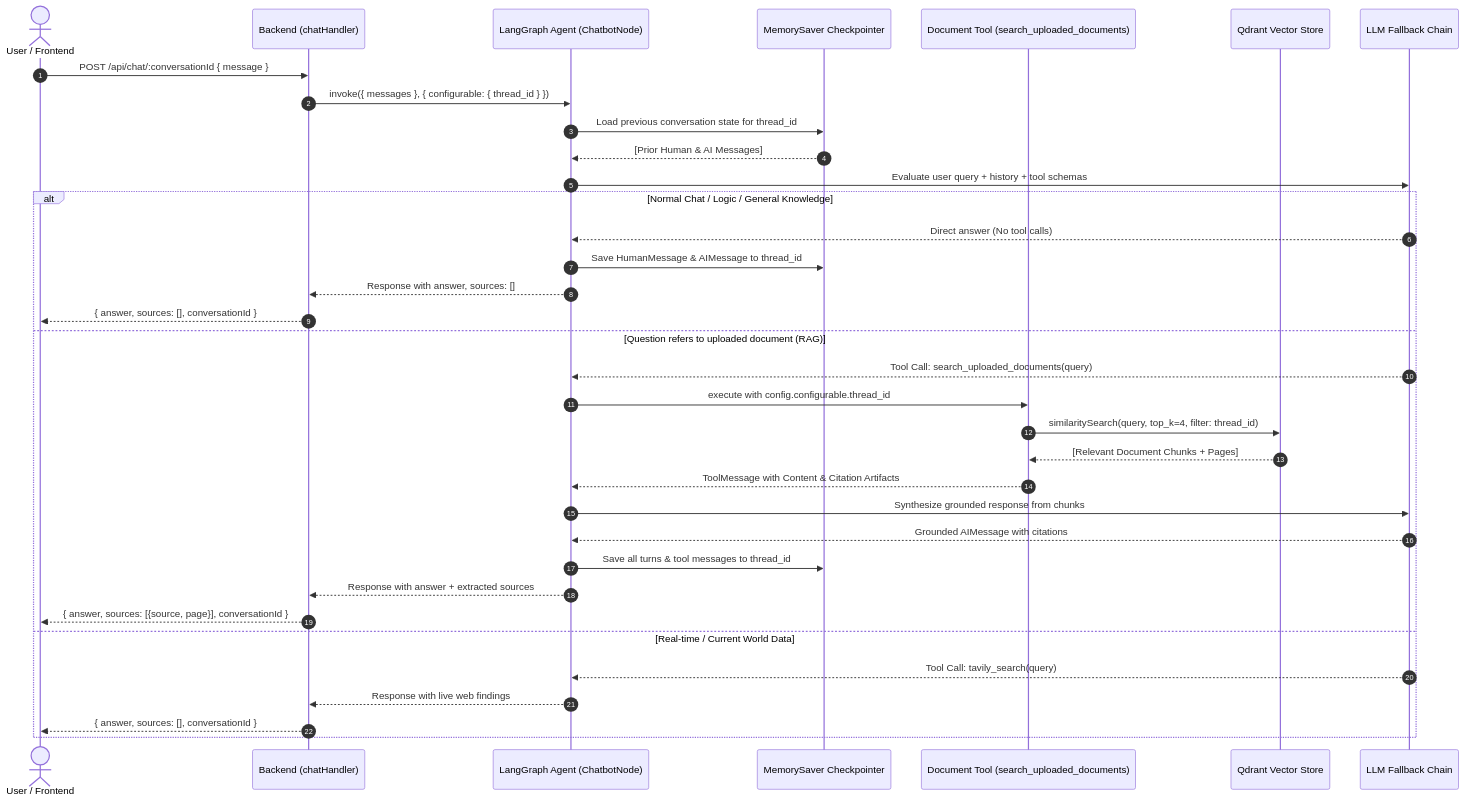
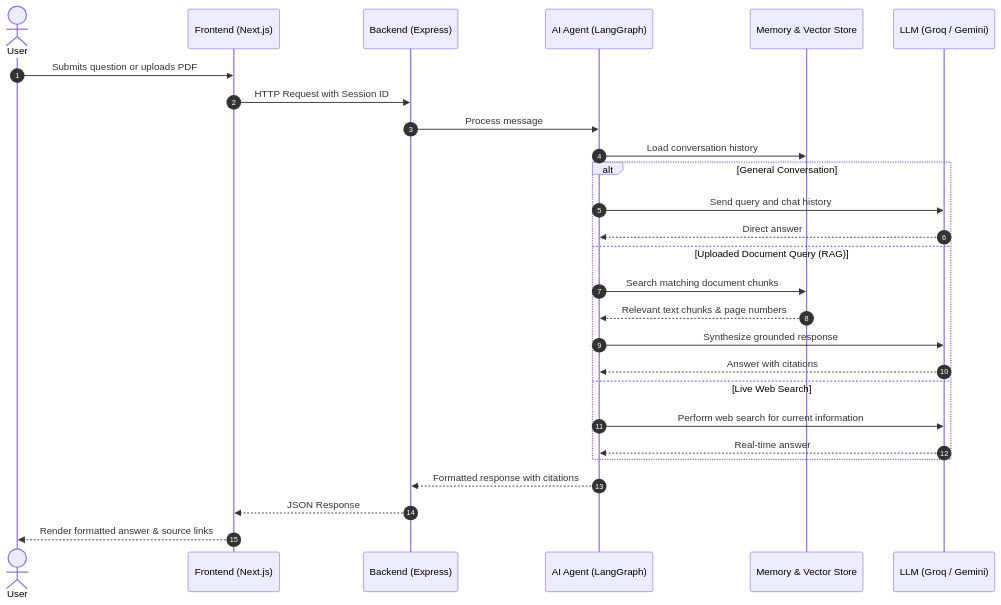
Before and after one commit to singhankit04/Langraph-Chatbot: the second of 2 diagrams in README.md, drawn with Mermaid. The commit also changed other lines of this file, not shown here.

First line of the commit message:
Revise README with updated architecture and workflows

````diff
--- a/README.md
+++ b/README.md
@@ -72,41 +54,32 @@
 ```mermaid
 sequenceDiagram
     autonumber
-    actor User as User / Frontend
-    participant API as Backend (chatHandler)
-    participant Graph as LangGraph Agent (ChatbotNode)
-    participant Mem as MemorySaver Checkpointer
-    participant DocTool as Document Tool (search_uploaded_documents)
-    participant Qdrant as Qdrant Vector Store
-    participant LLM as LLM Fallback Chain
+    actor User as User
+    participant UI as Frontend (Next.js)
+    participant API as Backend (Express)
+    participant Agent as AI Agent (LangGraph)
+    participant Services as Memory & Vector Store
+    participant LLM as LLM (Groq / Gemini)
 
-    User->>API: POST /api/chat/:conversationId { message }
-    API->>Graph: invoke({ messages }, { configurable: { thread_id } })
-    Graph->>Mem: Load previous conversation state for thread_id
-    Mem-->>Graph: [Prior Human & AI Messages]
-    Graph->>LLM: Evaluate user query + history + tool schemas
+    User->>UI: Submits question or uploads PDF
+    UI->>API: HTTP Request with Session ID
+    API->>Agent: Process message
+    Agent->>Services: Load conversation history
 
-    alt Normal Chat / Logic / General Knowledge
-        LLM-->>Graph: Direct answer (No tool calls)
-        Graph->>Mem: Save HumanMessage & AIMessage to thread_id
-        Graph-->>API: Response with answer, sources: []
-        API-->>User: { answer, sources: [], conversationId }
+    alt General Conversation
+        Agent->>LLM: Send query and chat history
+        LLM-->>Agent: Direct answer
+    else Uploaded Document Query (RAG)
+        Agent->>Services: Search matching document chunks
+        Services-->>Agent: Relevant text chunks & page numbers
+        Agent->>LLM: Synthesize grounded response
+        LLM-->>Agent: Answer with citations
+    else Live Web Search
+        Agent->>LLM: Perform web search for current information
+        LLM-->>Agent: Real-time answer
+    end
 
-    else Question refers to uploaded document (RAG)
-        LLM-->>Graph: Tool Call: search_uploaded_documents(query)
-        Graph->>DocTool: execute with config.configurable.thread_id
-        DocTool->>Qdrant: similaritySearch(query, top_k=4, filter: thread_id)
-        Qdrant-->>DocTool: [Relevant Document Chunks + Pages]
-        DocTool-->>Graph: ToolMessage with Content & Citation Artifacts
-        Graph->>LLM: Synthesize grounded response from chunks
-        LLM-->>Graph: Grounded AIMessage with citations
-        Graph->>Mem: Save all turns & tool messages to thread_id
-        Graph-->>API: Response with answer + extracted sources
-        API-->>User: { answer, sources: [{source, page}], conversationId }
-
-    else Real-time / Current World Data
-        LLM-->>Graph: Tool Call: tavily_search(query)
-        Graph-->>API: Response with live web findings
-        API-->>User: { answer, sources: [], conversationId }
-    end
+    Agent-->>API: Formatted response with citations
+    API-->>UI: JSON Response
+    UI-->>User: Render formatted answer & source links
 ```
````
